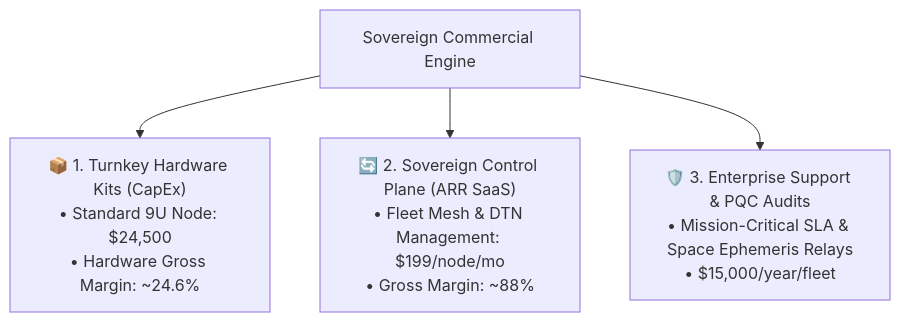
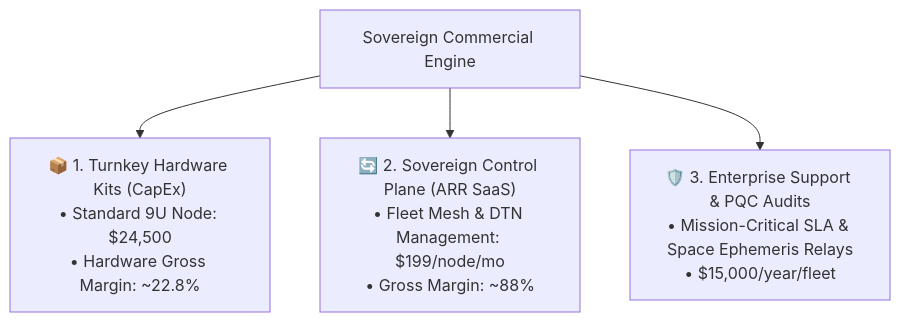
One commit to iliachry/sovereign-mini-datacenter changed the third of 5 diagrams in COMMERCIALIZATION.md. Above: the diagram before and after it, drawn with Mermaid. The commit also changed other lines of this file and 21 other files, not shown here.

````diff
--- a/COMMERCIALIZATION.md
+++ b/COMMERCIALIZATION.md
@@ -77,8 +77,8 @@
 ```mermaid
 flowchart TD
     SMDC["Sovereign Commercial Engine"]
     
-    SMDC --> H["📦 1. Turnkey Hardware Kits (CapEx)<br/>• Standard 9U Node: $24,500<br/>• Hardware Gross Margin: ~24.6%"]
+    SMDC --> H["📦 1. Turnkey Hardware Kits (CapEx)<br/>• Standard 9U Node: $24,500<br/>• Hardware Gross Margin: ~22.8%"]
     SMDC --> S["🔄 2. Sovereign Control Plane (ARR SaaS)<br/>• Fleet Mesh & DTN Management: $199/node/mo<br/>• Gross Margin: ~88%"]
     SMDC --> E["🛡️ 3. Enterprise Support & PQC Audits<br/>• Mission-Critical SLA & Space Ephemeris Relays<br/>• $15,000/year/fleet"]
 ```
````
